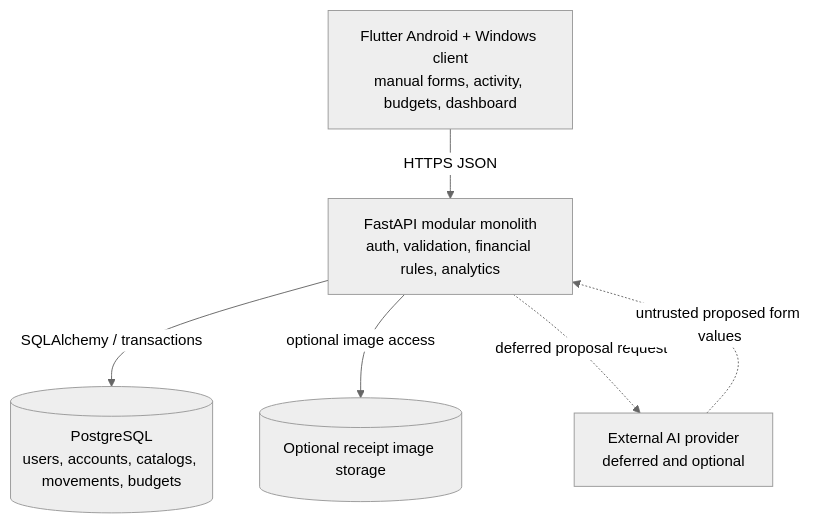
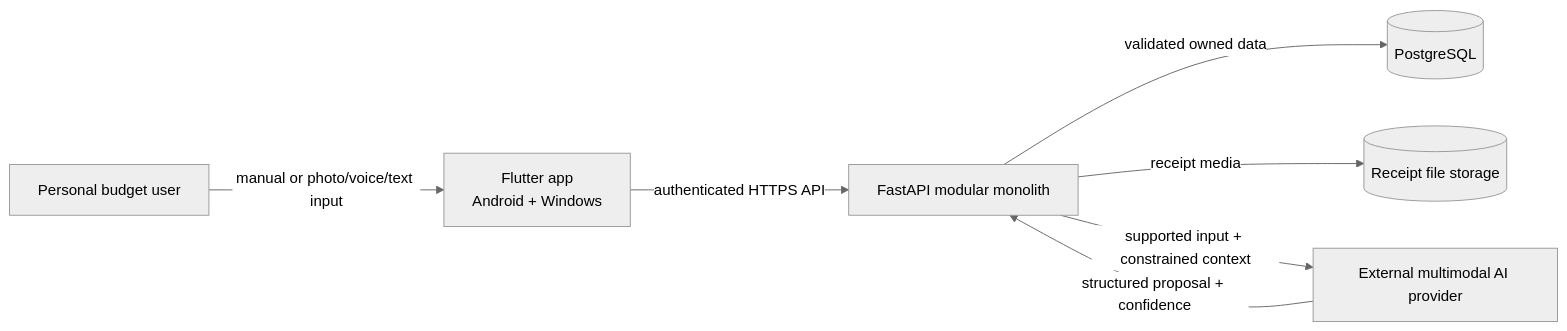
The first of 3 diagrams in docs/ARCHITECTURE.md (NullCorvus/finance-ai), drawn with Mermaid (neutral theme) before and after one commit. The commit also changed other lines of this file and 90 other files, not shown here.

````diff
--- a/docs/ARCHITECTURE.md
+++ b/docs/ARCHITECTURE.md
@@ -22,14 +16,16 @@
 ```mermaid
-flowchart TD
-    Client["Flutter Android + Windows client<br/>manual forms, activity, budgets, dashboard"]
-    API["FastAPI modular monolith<br/>auth, validation, financial rules, analytics"]
-    DB[("PostgreSQL<br/>users, accounts, catalogs, movements, budgets")]
-    Files[("Optional receipt image storage")]
-    LLM["External AI provider<br/>deferred and optional"]
+flowchart LR
+    user["Personal budget user"]
+    app["Flutter app<br/>Android + Windows"]
+    api["FastAPI modular monolith"]
+    db[("PostgreSQL")]
+    files[("Receipt file storage")]
+    llm["External multimodal AI provider"]
 
-    Client -->|"HTTPS JSON"| API
-    API -->|"SQLAlchemy / transactions"| DB
-    API -->|"optional image access"| Files
-    API -.->|"deferred proposal request"| LLM
-    LLM -.->|"untrusted proposed form values"| API
+    user -->|"manual or photo/voice/text input"| app
+    app -->|"authenticated HTTPS API"| api
+    api -->|"validated owned data"| db
+    api -->|"receipt media"| files
+    api -->|"supported input + constrained context"| llm
+    llm -->|"structured proposal + confidence"| api
 ```
````
